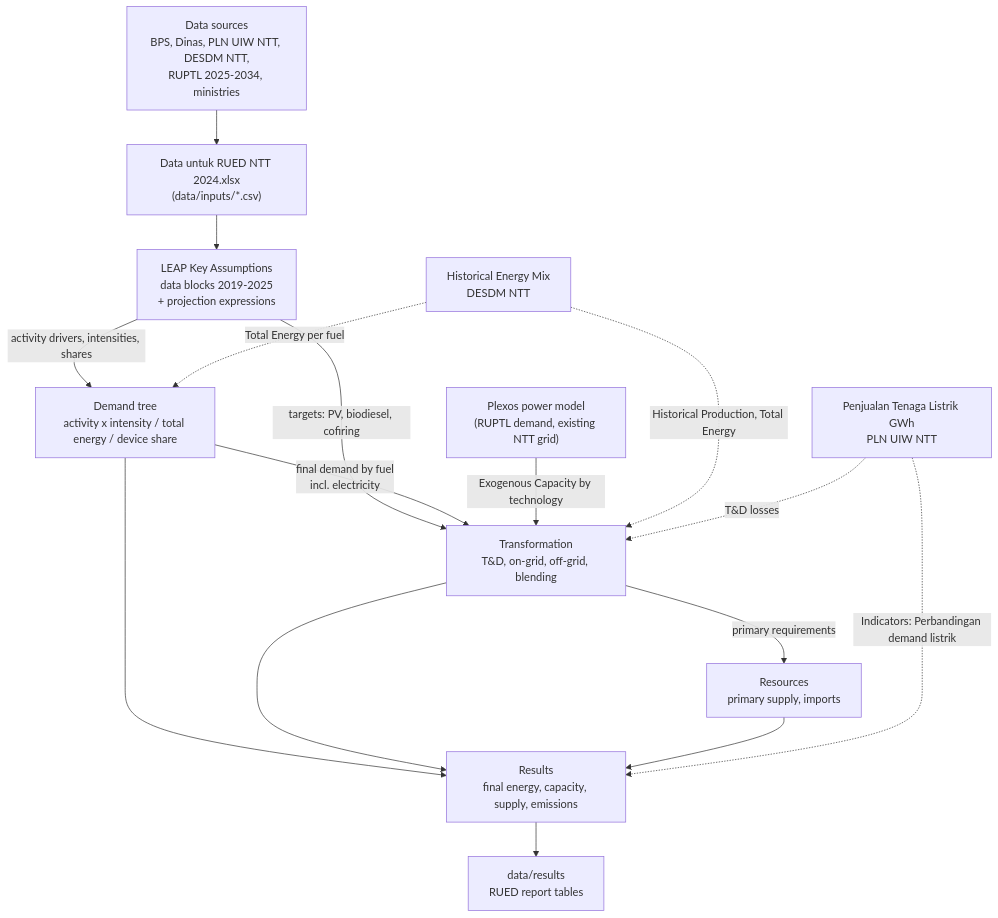
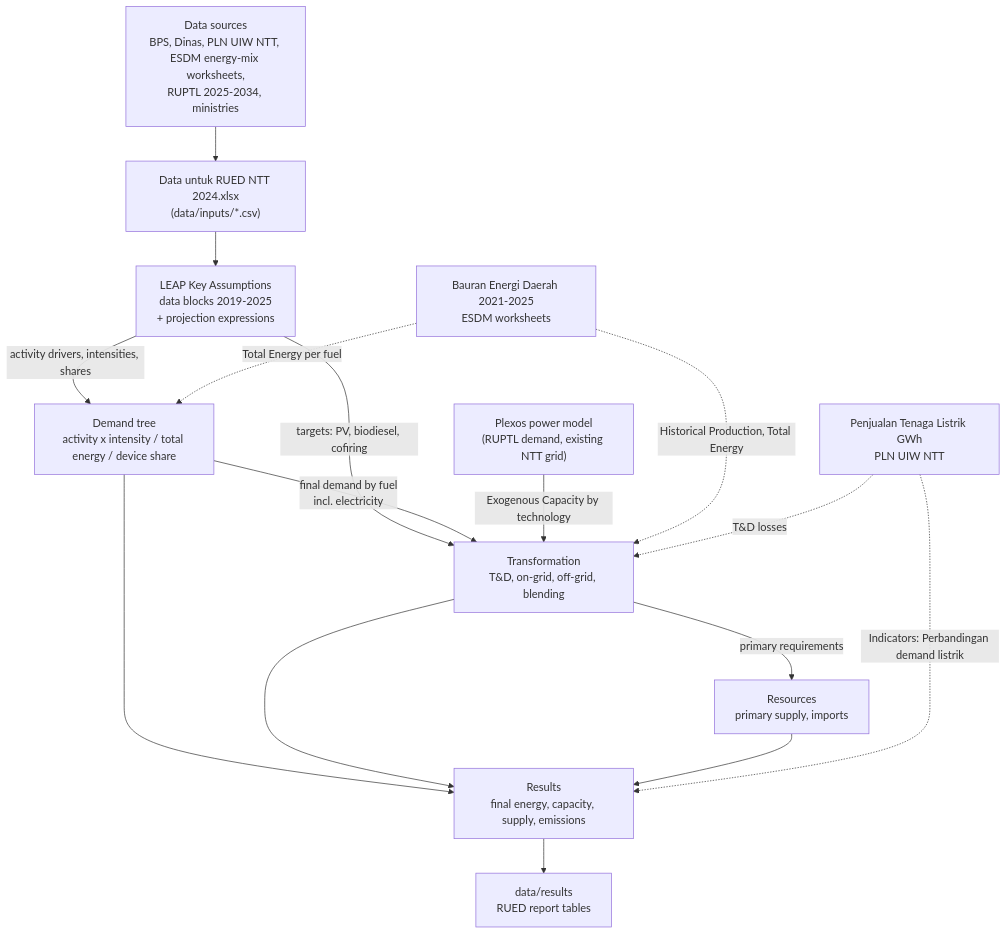
One commit to ajipintoko/RUED-NTT-2027-2036 changed the first of 7 diagrams in docs/dataflow.md. Above: the diagram before and after it, drawn with Mermaid. The commit also changed other lines of this file and 25 other files, not shown here.

Commit message:
Replace ESDM calibration data with compiled Bauran Energi Daerah NTT 2021-2025

````diff
--- a/docs/dataflow.md
+++ b/docs/dataflow.md
@@ -7,29 +7,29 @@
 ```mermaid
 flowchart TD
-    SRC["Data sources<br/>BPS, Dinas, PLN UIW NTT, DESDM NTT,<br/>RUPTL 2025-2034, ministries"]
+    SRC["Data sources<br/>BPS, Dinas, PLN UIW NTT, ESDM energy-mix worksheets,<br/>RUPTL 2025-2034, ministries"]
     XL["Data untuk RUED NTT 2024.xlsx<br/>(data/inputs/*.csv)"]
     KEY["LEAP Key Assumptions<br/>data blocks 2019-2025<br/>+ projection expressions"]
     DEM["Demand tree<br/>activity x intensity / total energy / device share"]
     TRF["Transformation<br/>T&D, on-grid, off-grid, blending"]
     RES["Resources<br/>primary supply, imports"]
     OUT["Results<br/>final energy, capacity, supply, emissions"]
     REP["data/results<br/>RUED report tables"]
     PLX["Plexos power model<br/>(RUPTL demand, existing NTT grid)"]
-    CAL1["Historical Energy Mix<br/>DESDM NTT"]
+    CAL1["Bauran Energi Daerah 2021-2025<br/>ESDM worksheets"]
     CAL2["Penjualan Tenaga Listrik GWh<br/>PLN UIW NTT"]
 
     SRC --> XL --> KEY
     KEY -->|activity drivers, intensities, shares| DEM
     KEY -->|targets: PV, biodiesel, cofiring| TRF
     DEM -->|final demand by fuel<br/>incl. electricity| TRF
     PLX -->|Exogenous Capacity by technology| TRF
     TRF -->|primary requirements| RES
     DEM --> OUT
     TRF --> OUT
     RES --> OUT
     OUT --> REP
     CAL1 -. Historical Production, Total Energy .-> TRF
     CAL1 -. Total Energy per fuel .-> DEM
     CAL2 -. Indicators: Perbandingan demand listrik .-> OUT
     CAL2 -. T&D losses .-> TRF
 ```
````
